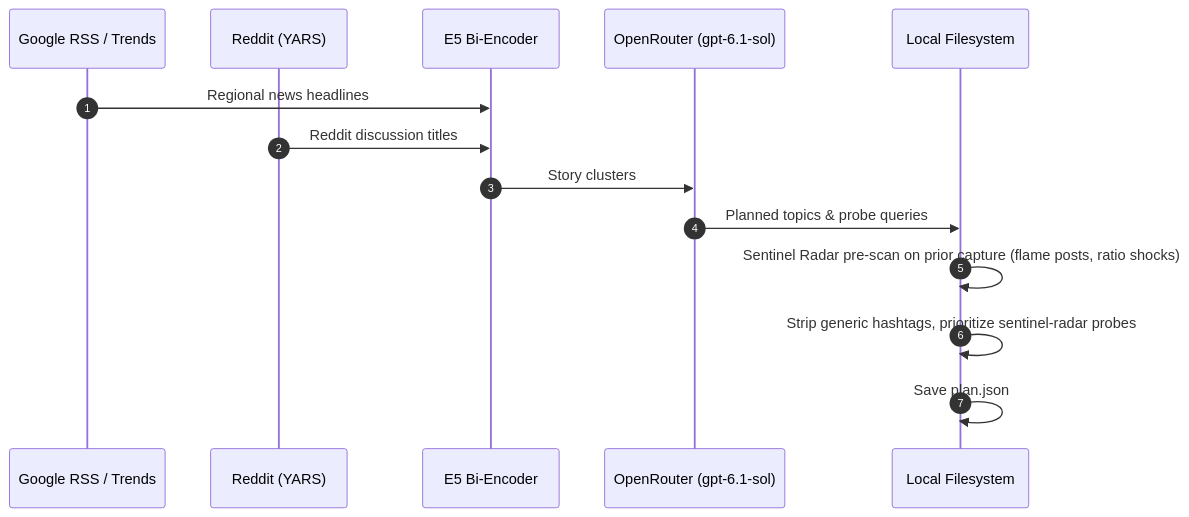
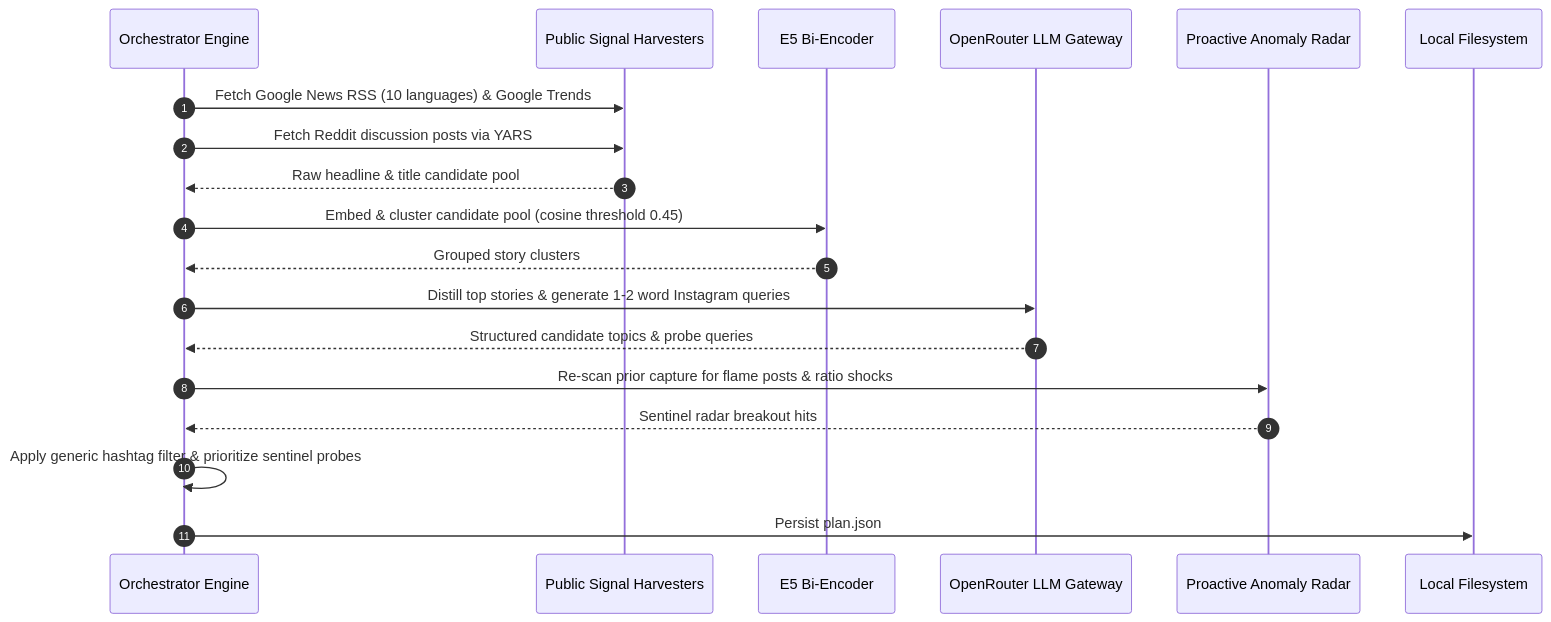
Before and after one commit to shankha06/identify-what-matters: diagram 14 of 18 in docs/ARCHITECTURE.md, drawn with Mermaid. The commit also changed other lines of this file and 21 other files, not shown here.

````diff
--- a/docs/ARCHITECTURE.md
+++ b/docs/ARCHITECTURE.md
@@ -495,17 +707,22 @@
 ```mermaid
 sequenceDiagram
     autonumber
-    participant RSS as Google RSS / Trends
-    participant YARS as Reddit (YARS)
+    participant CLI as Orchestrator Engine
+    participant SOURCES as Public Signal Harvesters
     participant E5 as E5 Bi-Encoder
-    participant LLM as OpenRouter (gpt-6.1-sol)
+    participant OR as OpenRouter LLM Gateway
+    participant RADAR as Proactive Anomaly Radar
     participant FS as Local Filesystem
 
-    RSS->>E5: Regional news headlines
-    YARS->>E5: Reddit discussion titles
-    E5->>LLM: Story clusters
-    LLM->>FS: Planned topics & probe queries
-    FS->>FS: Sentinel Radar pre-scan on prior capture (flame posts, ratio shocks)
-    FS->>FS: Strip generic hashtags, prioritize sentinel-radar probes
-    FS->>FS: Save plan.json
+    CLI->>SOURCES: Fetch Google News RSS (10 languages) & Google Trends
+    CLI->>SOURCES: Fetch Reddit discussion posts via YARS
+    SOURCES-->>CLI: Raw headline & title candidate pool
+    CLI->>E5: Embed & cluster candidate pool (cosine threshold 0.45)
+    E5-->>CLI: Grouped story clusters
+    CLI->>OR: Distill top stories & generate 1-2 word Instagram queries
+    OR-->>CLI: Structured candidate topics & probe queries
+    CLI->>RADAR: Re-scan prior capture for flame posts & ratio shocks
+    RADAR-->>CLI: Sentinel radar breakout hits
+    CLI->>CLI: Apply generic hashtag filter & prioritize sentinel probes
+    CLI->>FS: Persist plan.json
 ```
````
